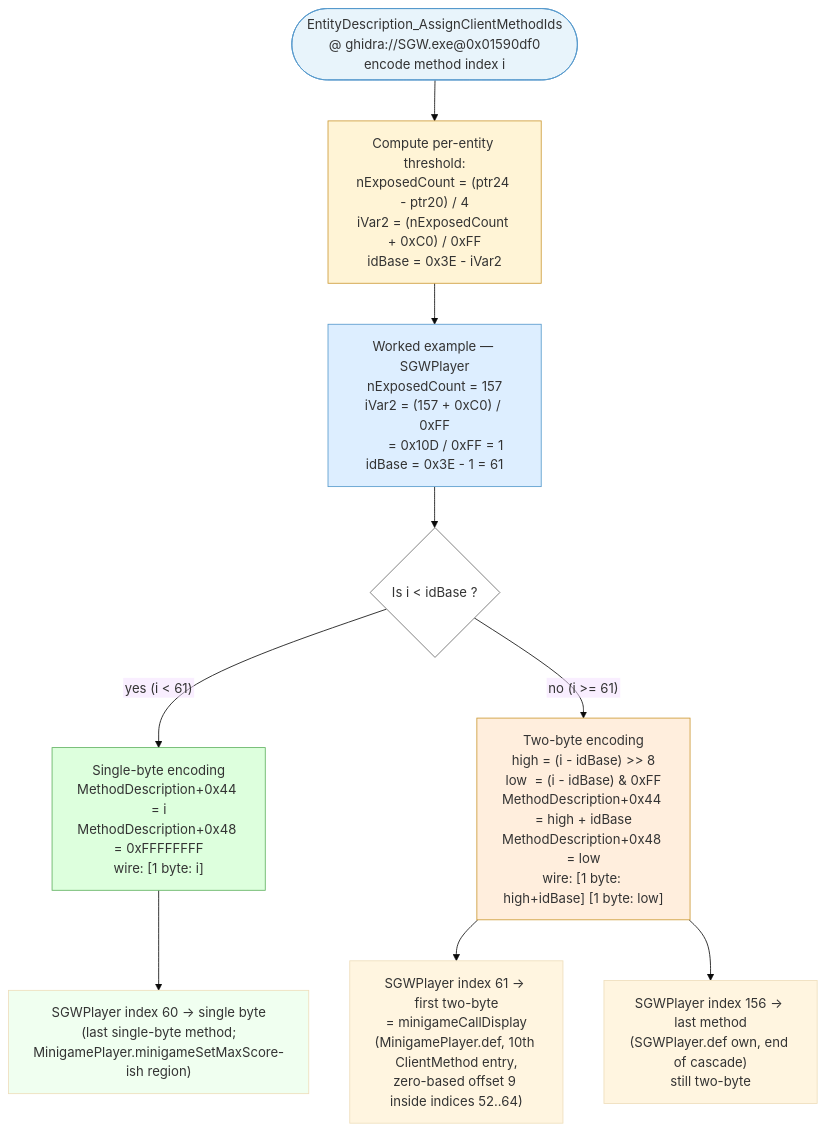
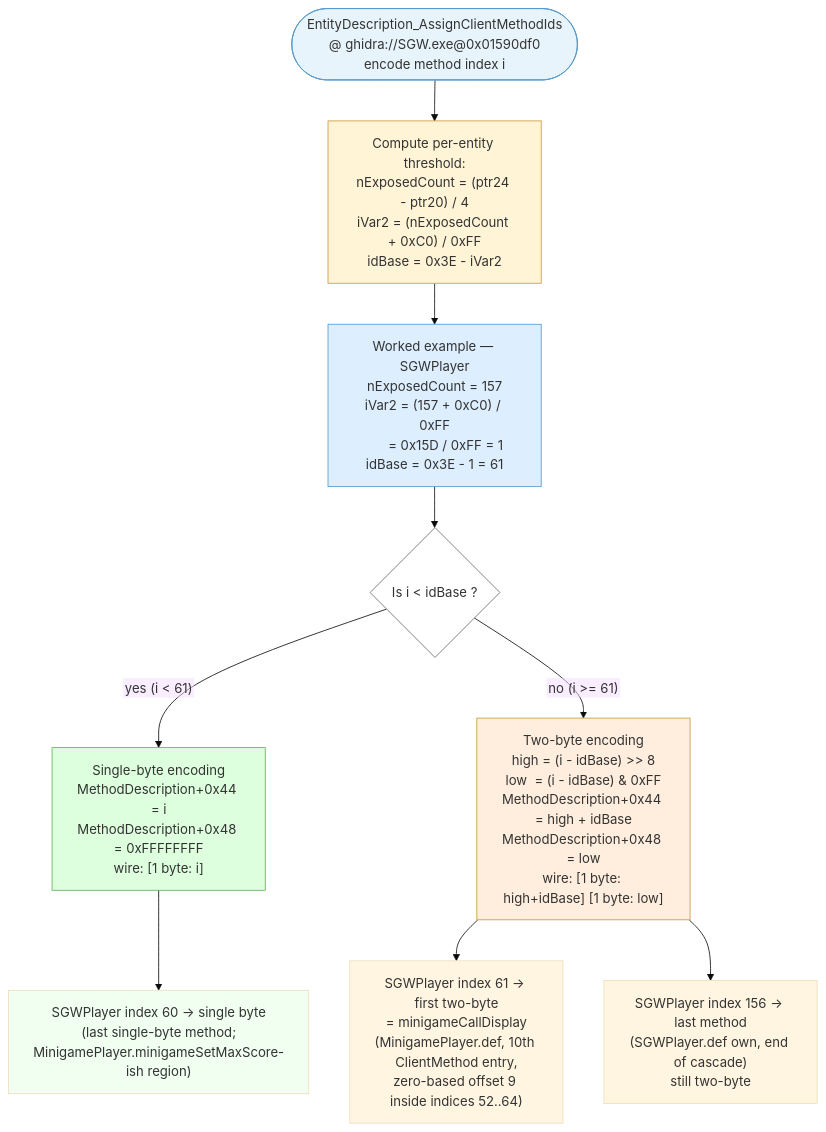
The diagram in docs/drafts/spec/figures/sources/entity-property-sync-03-subslot-encoding.mmd (SandboxServers/Cimmeria), drawn with Mermaid before and after one commit. The commit also changed 10 other files, not shown here.

```diff
--- a/docs/drafts/spec/figures/sources/entity-property-sync-03-subslot-encoding.mmd
+++ b/docs/drafts/spec/figures/sources/entity-property-sync-03-subslot-encoding.mmd
@@ -1,38 +1,38 @@
 %%{init: {"theme": "base", "flowchart": {"htmlLabels": false}}}%%
 flowchart TD
     START(["EntityDescription_AssignClientMethodIds\n@ ghidra://SGW.exe@0x01590df0\nencode method index i"])
 
     START --> COMPUTE
     COMPUTE["Compute per-entity threshold:\nnExposedCount = (ptr24 - ptr20) / 4\niVar2 = (nExposedCount + 0xC0) / 0xFF\nidBase = 0x3E - iVar2"]
 
     COMPUTE --> SGW_EXAMPLE
-    SGW_EXAMPLE["Worked example — SGWPlayer\nnExposedCount = 157\niVar2 = (157 + 0xC0) / 0xFF\n      = 0x10D / 0xFF = 1\nidBase = 0x3E - 1 = 61"]
+    SGW_EXAMPLE["Worked example — SGWPlayer\nnExposedCount = 157\niVar2 = (157 + 0xC0) / 0xFF\n      = 0x15D / 0xFF = 1\nidBase = 0x3E - 1 = 61"]
 
     SGW_EXAMPLE --> DECIDE
     DECIDE{"Is i &lt; idBase ?"}
 
     DECIDE -- "yes (i &lt; 61)" --> SINGLE
     DECIDE -- "no (i &gt;= 61)" --> TWOBYTE
 
     SINGLE["Single-byte encoding\nMethodDescription+0x44 = i\nMethodDescription+0x48 = 0xFFFFFFFF\nwire: [1 byte: i]"]
 
     TWOBYTE["Two-byte encoding\nhigh = (i - idBase) &gt;&gt; 8\nlow  = (i - idBase) &amp; 0xFF\nMethodDescription+0x44 = high + idBase\nMethodDescription+0x48 = low\nwire: [1 byte: high+idBase] [1 byte: low]"]
 
     SINGLE --> EX1
     EX1["SGWPlayer index 60 → single byte\n(last single-byte method;\nMinigamePlayer.minigameSetMaxScore-ish region)"]
 
     TWOBYTE --> EX2
     EX2["SGWPlayer index 61 → first two-byte\n= minigameCallDisplay\n(MinigamePlayer.def, 10th ClientMethod entry,\nzero-based offset 9 inside indices 52..64)"]
 
     TWOBYTE --> EX3
     EX3["SGWPlayer index 156 → last method\n(SGWPlayer.def own, end of cascade)\nstill two-byte"]
 
     style START fill:#e8f4fb,stroke:#5599cc
     style COMPUTE fill:#fff4d6,stroke:#cc9933
     style SGW_EXAMPLE fill:#ddeeff,stroke:#5599cc
     style DECIDE fill:#fff,stroke:#666
     style SINGLE fill:#ddffdd,stroke:#5fb15f
     style TWOBYTE fill:#ffeedd,stroke:#cc9933
     style EX1 fill:#f0fff0
     style EX2 fill:#fff5e0
     style EX3 fill:#fff5e0
```
